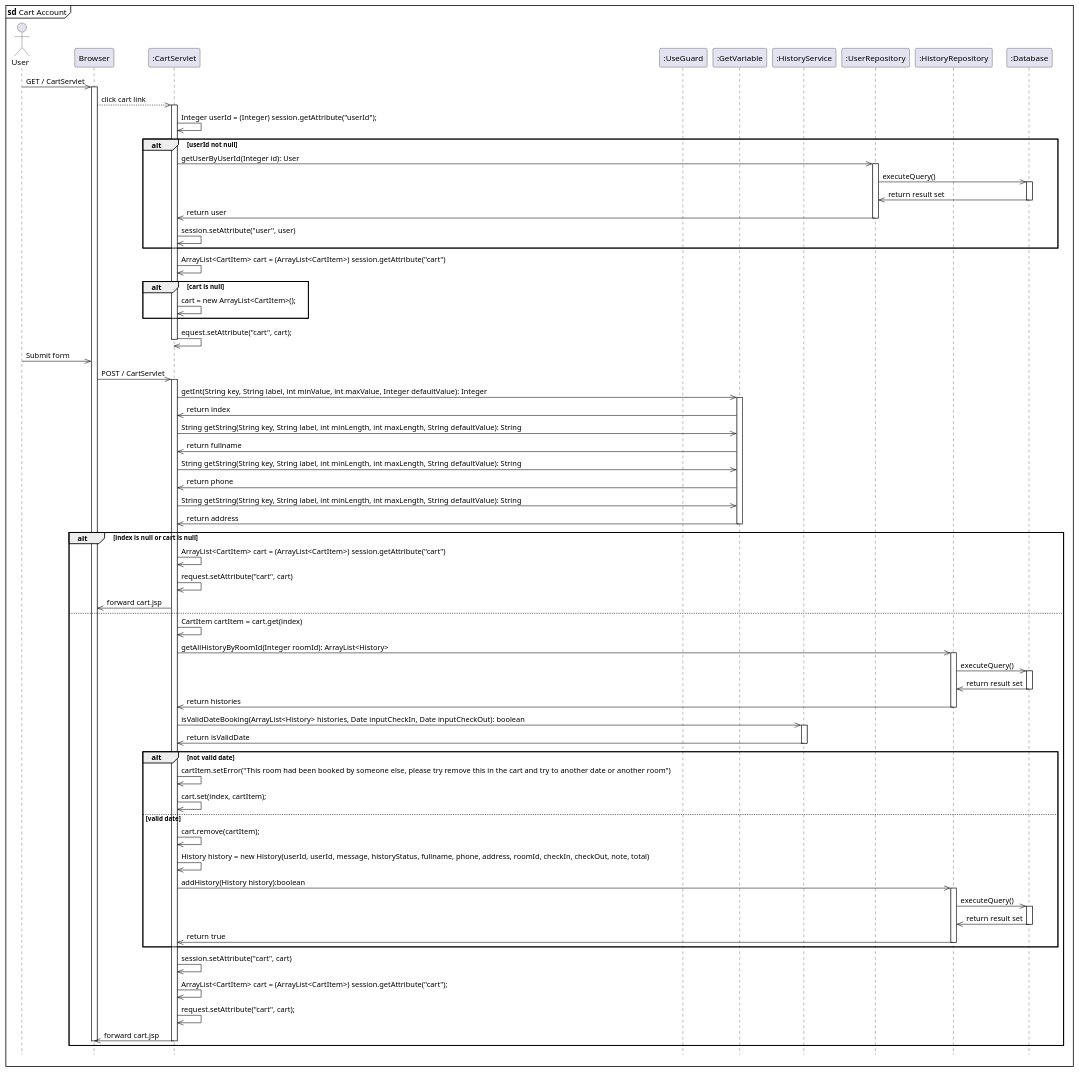
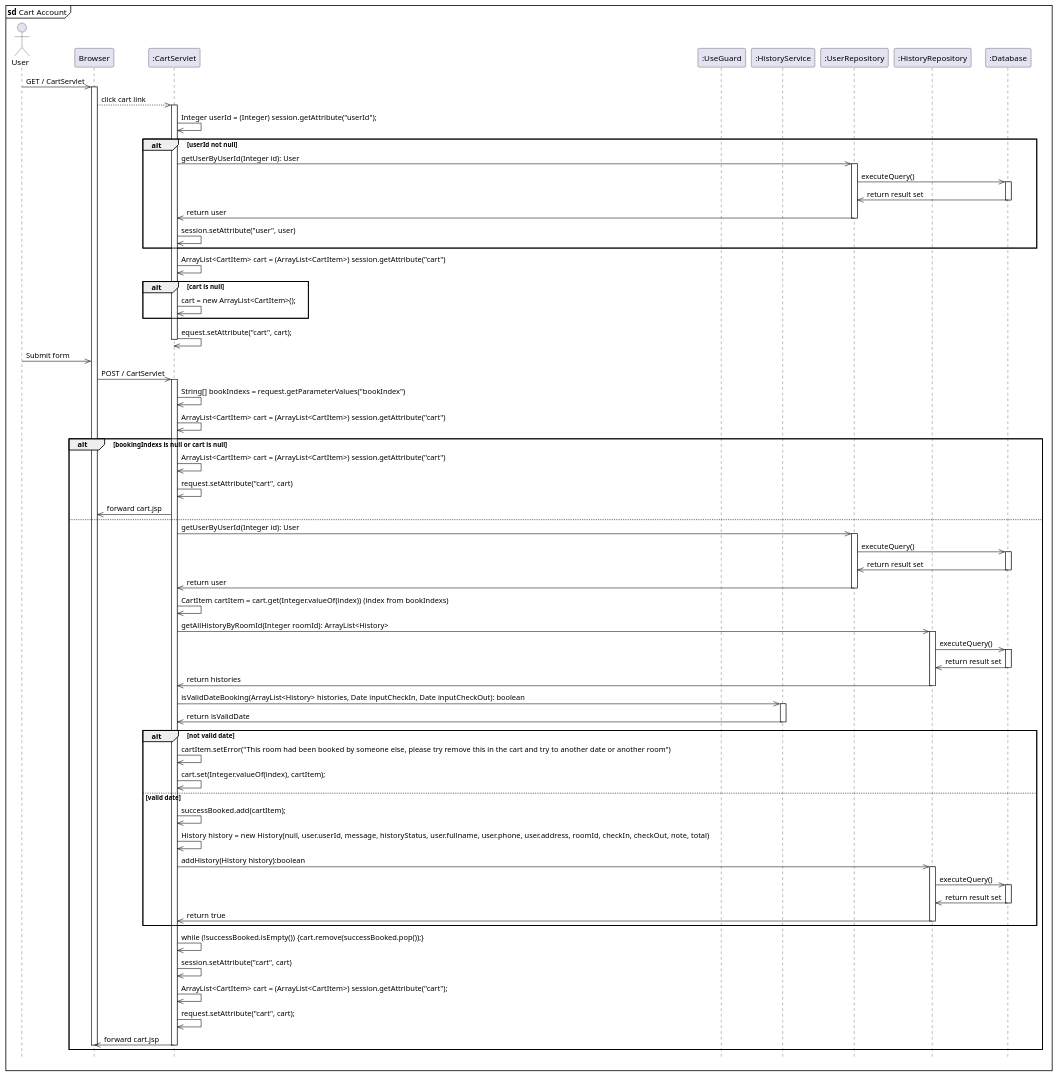
The diagram in diagram/CartServlet.puml (kainesv86/HKCBooking), drawn with PlantUML before and after one commit. The commit also changed 4 other files, not shown here.

Commit message:
Fix cart diagram

```diff
--- a/diagram/CartServlet.puml
+++ b/diagram/CartServlet.puml
@@ -1,106 +1,105 @@
 
 hide footbox
 mainframe <b>sd</b> Cart Account
 actor User
 participant "Browser" as Browser
 participant ":CartServlet" as CartServlet
 participant ":UseGuard" as UseGuard
-participant ":GetVariable" as GetVariable
 participant ":HistoryService" as HistoryService
 participant ":UserRepository" as UserRepository
 participant ":HistoryRepository" as HistoryRepository
 participant ":Database" as Database
 
 User ->> Browser: GET / CartServlet
 activate Browser
     Browser -->> CartServlet: click cart link
     activate CartServlet
         CartServlet ->> CartServlet: Integer userId = (Integer) session.getAttribute("userId");
         alt userId not null
             CartServlet ->> UserRepository: getUserByUserId(Integer id): User
             activate UserRepository
                 UserRepository ->> Database: executeQuery()
                 activate Database 
                     Database ->> UserRepository: return result set
                 deactivate Database
                 UserRepository ->> CartServlet: return user
             deactivate UserRepository
 
             CartServlet ->> CartServlet: session.setAttribute("user", user)
         end
 
         CartServlet ->> CartServlet: ArrayList<CartItem> cart = (ArrayList<CartItem>) session.getAttribute("cart")
 
         alt cart is null
             CartServlet ->> CartServlet: cart = new ArrayList<CartItem>();
         end 
 
         CartServlet ->> CartServlet: equest.setAttribute("cart", cart);
     deactivate CartServlet
 
 User ->> Browser: Submit form
     Browser ->> CartServlet : POST / CartServlet   
     activate CartServlet
-        CartServlet ->> GetVariable: getInt(String key, String label, int minValue, int maxValue, Integer defaultValue): Integer
-        activate GetVariable
-        GetVariable ->> CartServlet: return index
-
-        CartServlet ->> GetVariable: String getString(String key, String label, int minLength, int maxLength, String defaultValue): String
-        GetVariable ->> CartServlet: return fullname
-
-        CartServlet ->> GetVariable: String getString(String key, String label, int minLength, int maxLength, String defaultValue): String
-        GetVariable ->> CartServlet: return phone
-
-        CartServlet ->> GetVariable: String getString(String key, String label, int minLength, int maxLength, String defaultValue): String
-        GetVariable ->> CartServlet: return address
-        deactivate GetVariable
+        CartServlet ->> CartServlet: String[] bookIndexs = request.getParameterValues("bookIndex")
+        CartServlet ->> CartServlet: ArrayList<CartItem> cart = (ArrayList<CartItem>) session.getAttribute("cart")
     
-    alt index is null or cart is null
+    alt bookingIndexs is null or cart is null
         CartServlet ->> CartServlet: ArrayList<CartItem> cart = (ArrayList<CartItem>) session.getAttribute("cart")
         CartServlet ->> CartServlet: request.setAttribute("cart", cart)
 
         CartServlet ->> Browser: forward cart.jsp
     else
-        CartServlet ->> CartServlet: CartItem cartItem = cart.get(index)
+        CartServlet ->> UserRepository: getUserByUserId(Integer id): User
+        activate UserRepository
+            UserRepository ->> Database: executeQuery()
+            activate Database 
+                Database ->> UserRepository: return result set
+            deactivate Database
+            UserRepository ->> CartServlet: return user
+        deactivate UserRepository
+
+        CartServlet ->> CartServlet: CartItem cartItem = cart.get(Integer.valueOf(index)) (index from bookIndexs)
 
         CartServlet ->> HistoryRepository:  getAllHistoryByRoomId(Integer roomId): ArrayList<History>
         activate HistoryRepository
                 HistoryRepository ->> Database: executeQuery()
                 activate Database 
                     Database ->> HistoryRepository: return result set
                 deactivate Database
                 HistoryRepository ->> CartServlet: return histories
         deactivate HistoryRepository
 
         CartServlet ->> HistoryService: isValidDateBooking(ArrayList<History> histories, Date inputCheckIn, Date inputCheckOut): boolean
         activate HistoryService
             HistoryService ->> CartServlet: return isValidDate
         deactivate HistoryService
 
         alt not valid date
             CartServlet ->> CartServlet: cartItem.setError("This room had been booked by someone else, please try remove this in the cart and try to another date or another room")
-            CartServlet ->> CartServlet: cart.set(index, cartItem);  
+            CartServlet ->> CartServlet: cart.set(Integer.valueOf(index), cartItem);  
         else valid date
-            CartServlet ->> CartServlet: cart.remove(cartItem);
-            CartServlet ->> CartServlet: History history = new History(userId, userId, message, historyStatus, fullname, phone, address, roomId, checkIn, checkOut, note, total)
+            CartServlet ->> CartServlet: successBooked.add(cartItem);
+            CartServlet ->> CartServlet: History history = new History(null, user.userId, message, historyStatus, user.fullname, user.phone, user.address, roomId, checkIn, checkOut, note, total)
             CartServlet ->> HistoryRepository: addHistory(History history):boolean
             activate HistoryRepository
                 HistoryRepository ->> Database: executeQuery()
                 activate Database 
                     Database ->> HistoryRepository: return result set
                 deactivate Database
                 HistoryRepository ->> CartServlet: return true
             deactivate HistoryRepository
         end
+
+        CartServlet ->> CartServlet: while (!successBooked.isEmpty()) {cart.remove(successBooked.pop());}
 
         CartServlet ->> CartServlet: session.setAttribute("cart", cart)
 
         CartServlet ->> CartServlet: ArrayList<CartItem> cart = (ArrayList<CartItem>) session.getAttribute("cart");
 
         CartServlet ->> CartServlet: request.setAttribute("cart", cart);
 
         CartServlet ->> Browser: forward cart.jsp
         deactivate CartServlet
     deactivate Browser
 
     end
```
